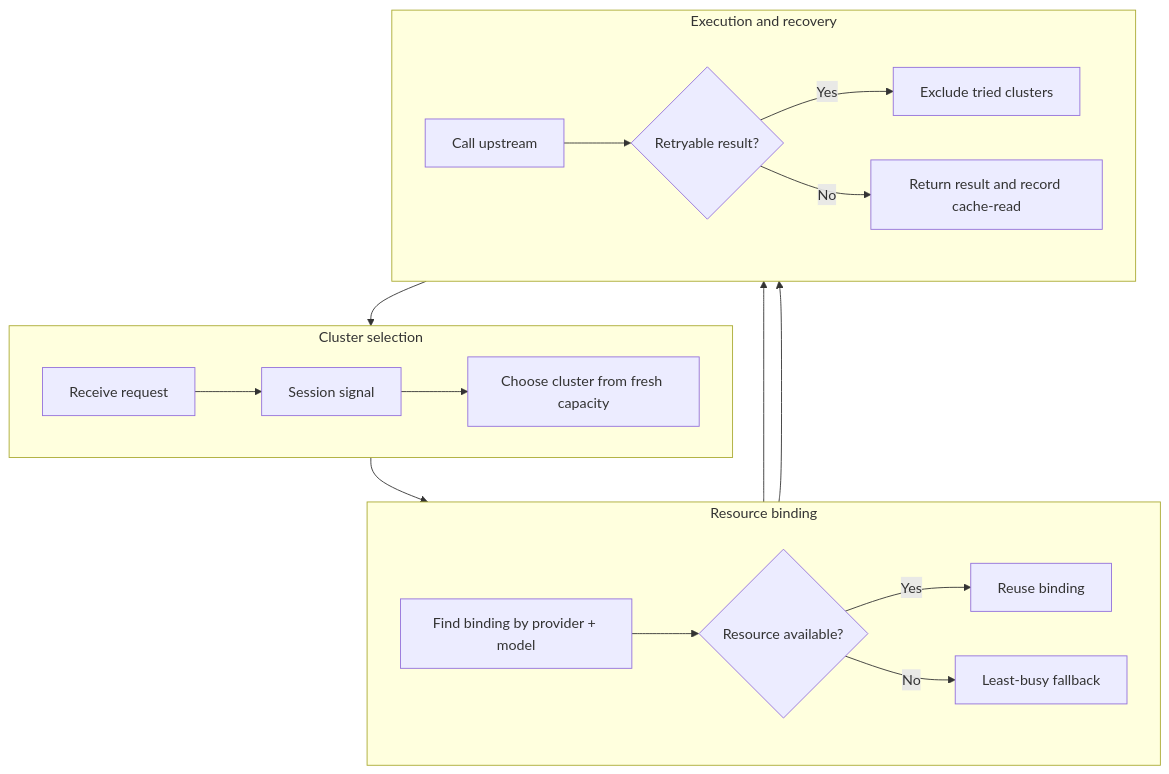
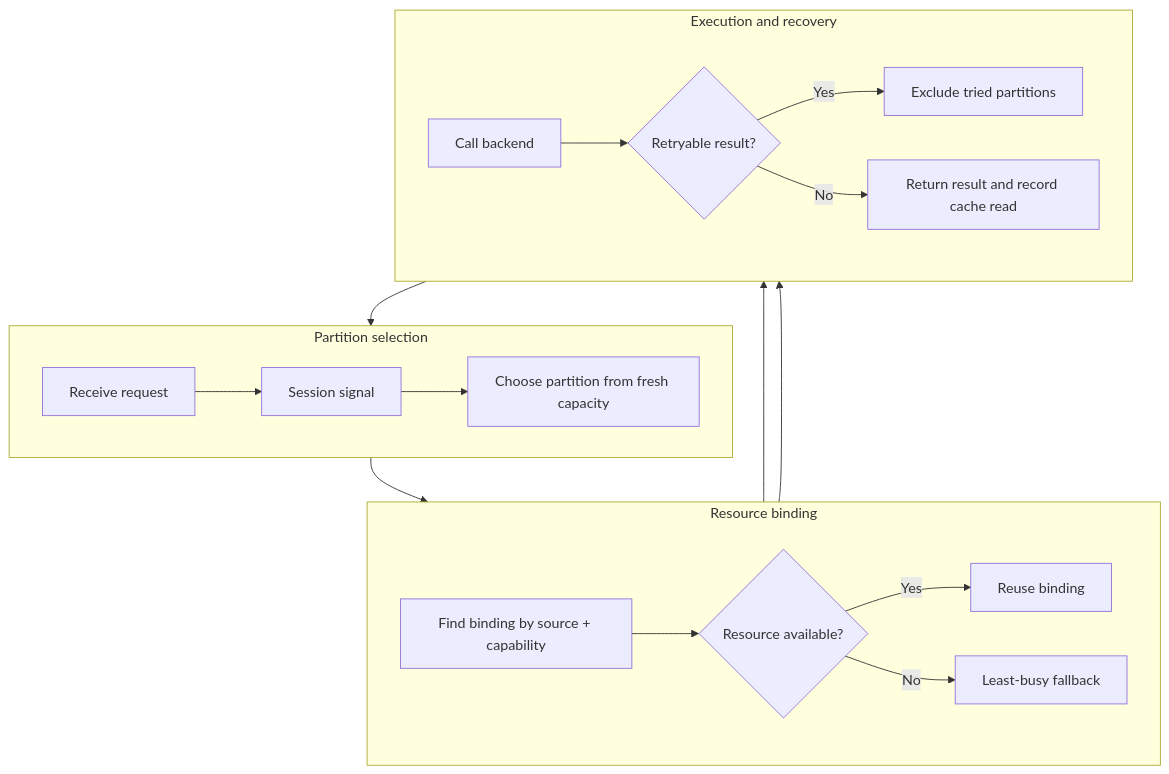
One commit to Liyuk/liyuk.github.io changed the second of 3 diagrams in src/content/writing/2026/08/cache-optimization-and-locality/zh.md. Above: the diagram before and after it, drawn with Mermaid. The commit also changed other lines of this file and 11 other files, not shown here.

````diff
--- a/src/content/writing/2026/08/cache-optimization-and-locality/zh.md
+++ b/src/content/writing/2026/08/cache-optimization-and-locality/zh.md
@@ -51,27 +52,27 @@
 ```mermaid
 flowchart TB
-    subgraph S[Cluster selection]
+    subgraph S[Partition selection]
         direction LR
         A[Receive request] --> B[Session signal]
-        B --> C[Choose cluster from fresh capacity]
+        B --> C[Choose partition from fresh capacity]
     end
 
     subgraph R[Resource binding]
         direction LR
-        D[Find binding by provider + model] --> E{Resource available?}
+        D[Find binding by source + capability] --> E{Resource available?}
         E -- Yes --> F[Reuse binding]
         E -- No --> G[Least-busy fallback]
     end
 
     subgraph X[Execution and recovery]
         direction LR
-        H[Call upstream] --> I{Retryable result?}
-        I -- Yes --> J[Exclude tried clusters]
-        I -- No --> K[Return result and record cache-read]
+        H[Call backend] --> I{Retryable result?}
+        I -- Yes --> J[Exclude tried partitions]
+        I -- No --> K[Return result and record cache read]
     end
 
     C --> D
     F --> H
     G --> H
     J --> C
 ```
````
